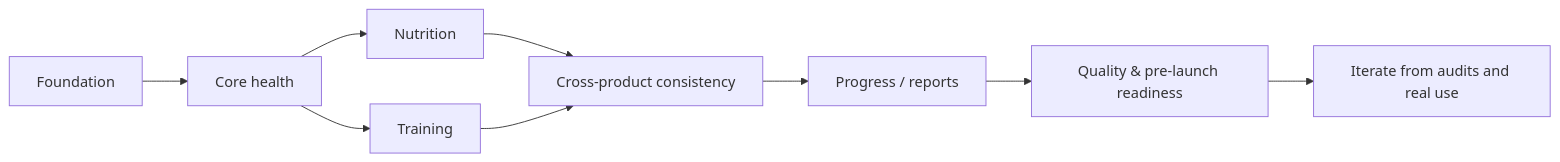
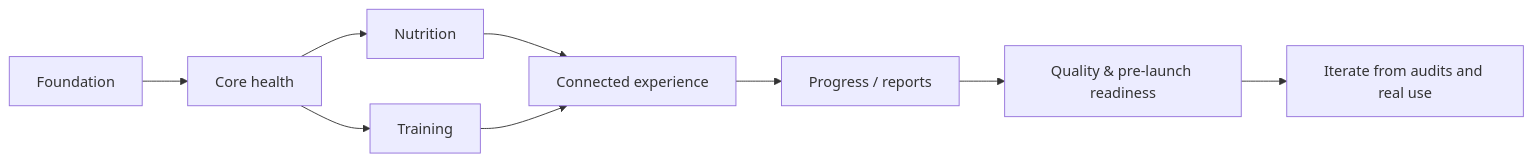
The diagram in docs/PROJECT-DELIVERY-CASE-STUDY.md (momaoalo/halaty-project-showcase), drawn with Mermaid before and after one commit. The commit also changed other lines of this file, not shown here.

Commit message:
Align delivery case study with core product positioning

````diff
--- a/docs/PROJECT-DELIVERY-CASE-STUDY.md
+++ b/docs/PROJECT-DELIVERY-CASE-STUDY.md
@@ -69,11 +72,11 @@
 ```mermaid
 flowchart LR
     A[Foundation] --> B[Core health]
     B --> C[Nutrition]
     B --> D[Training]
-    C --> E[Cross-product consistency]
+    C --> E[Connected experience]
     D --> E
     E --> F[Progress / reports]
     F --> G[Quality & pre-launch readiness]
     G --> H[Iterate from audits and real use]
 ```
````
